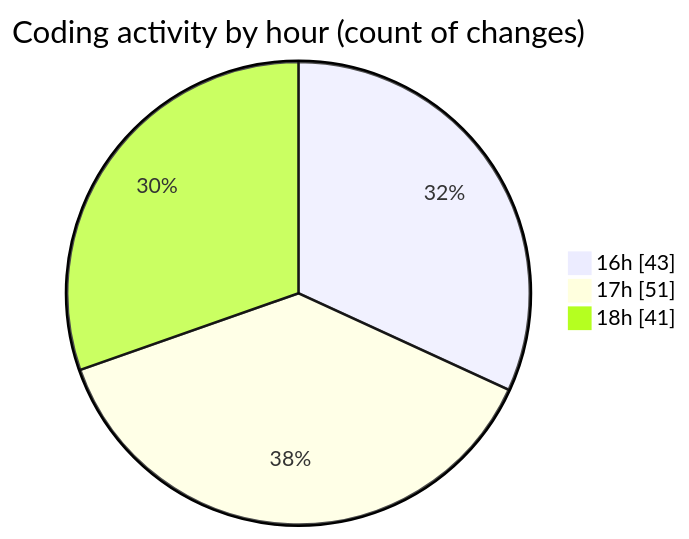
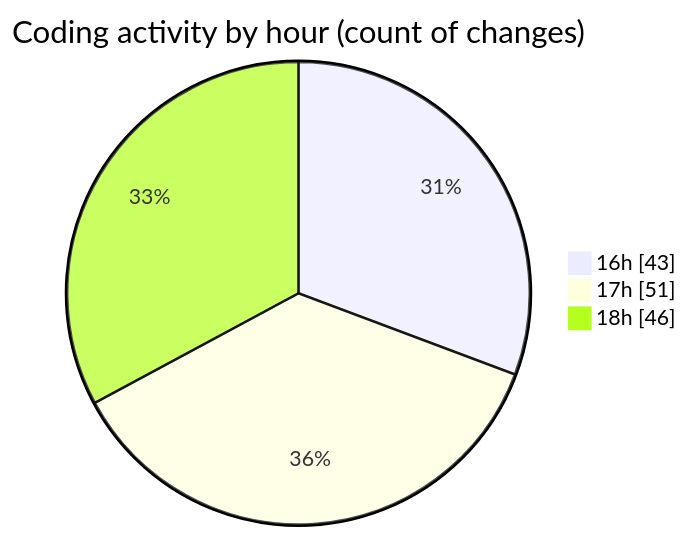
The second of 2 diagrams in 2026-11-13/broadcaster-v6-feature/README.md (momahboobian/code-tracking), drawn with Mermaid before and after one commit. The commit also changed other lines of this file and 1 other file, not shown here.

````diff
--- a/2026-11-13/broadcaster-v6-feature/README.md
+++ b/2026-11-13/broadcaster-v6-feature/README.md
@@ -66,7 +68,7 @@
 ```mermaid
 pie showData
 title Coding activity by hour (count of changes)
 "16h" : 43
 "17h" : 51
-"18h" : 41
+"18h" : 46
 ```
````
